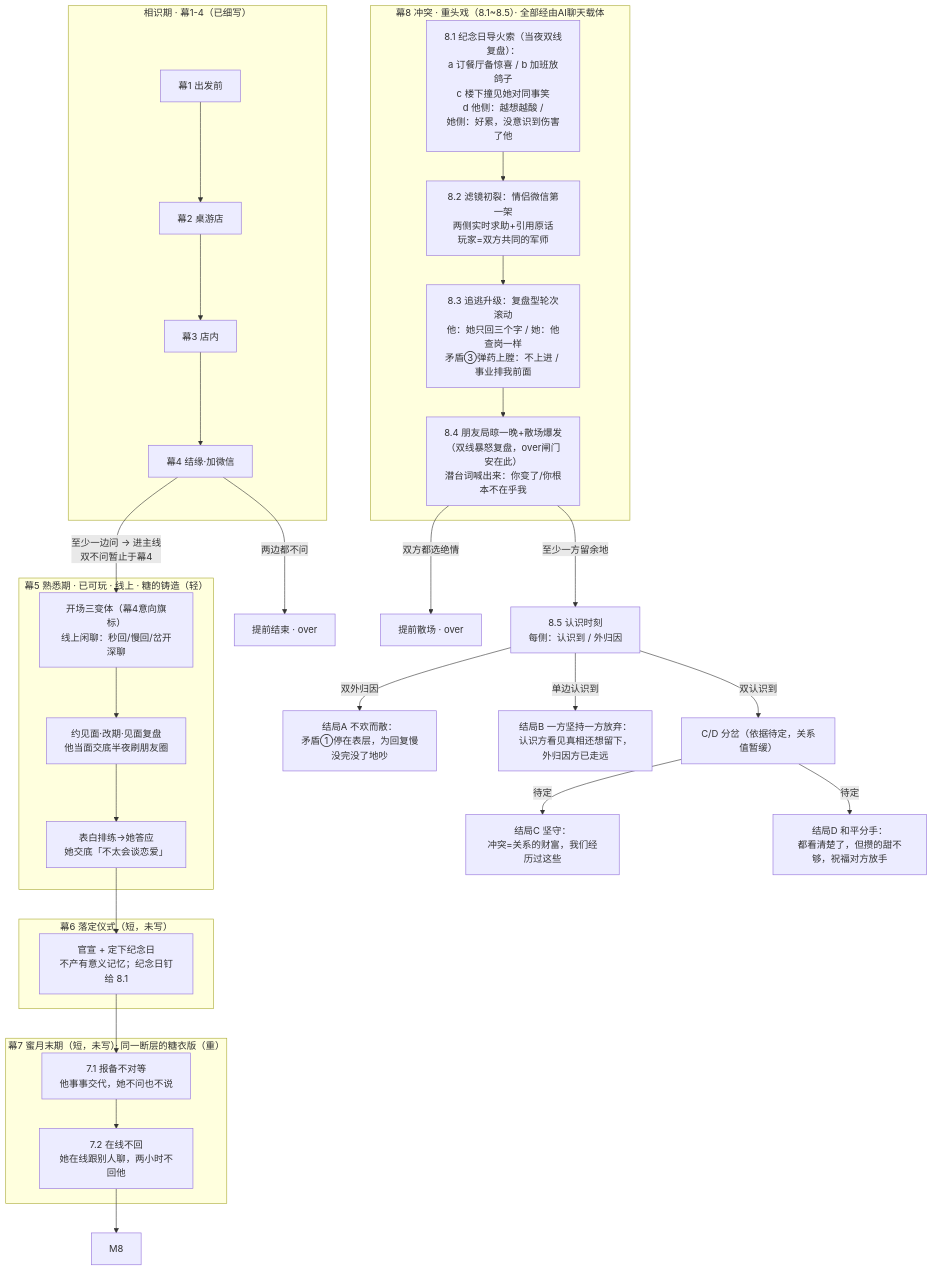
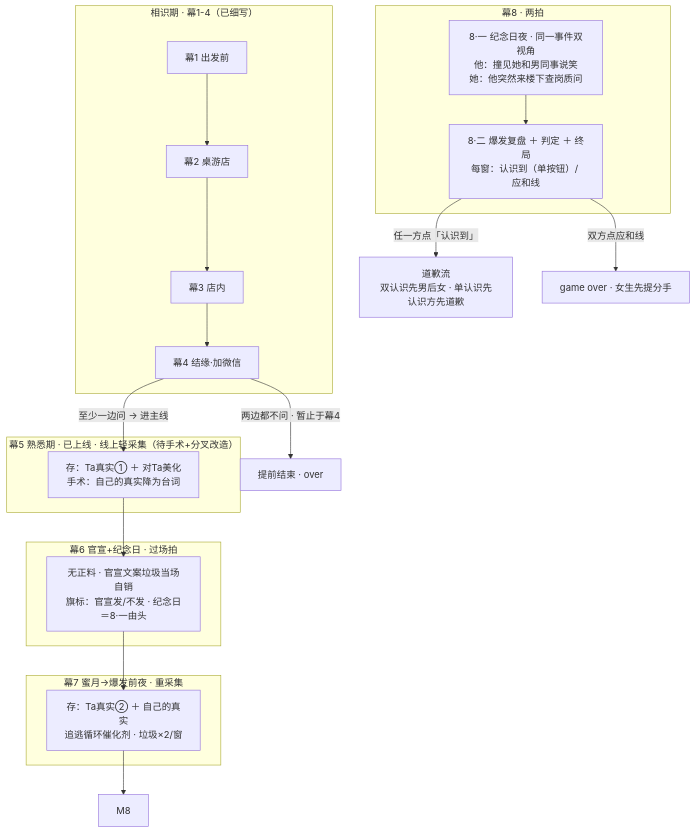
Before and after one commit to jesse20050324/Project_3: the first of 2 diagrams in script/outline.md, drawn with Mermaid. The commit also changed other lines of this file and 5 other files, not shown here.

First line of the commit message:
Act 5-8 restructure, round A: pure-mermaid skeleton v3 + ch5 fork rework

````diff
--- a/script/outline.md
+++ b/script/outline.md
@@ -47,38 +44,29 @@
 ```mermaid
 flowchart TD
     subgraph ACT1["相识期 · 幕1-4（已细写）"]
         M1["幕1 出发前"] --> M2["幕2 桌游店"] --> M3["幕3 店内"] --> M4["幕4 结缘·加微信"]
     end
-    M4 -->|"两边都不问"| OVER["提前结束 · over"]
-    M4 -->|"至少一边问 → 进主线<br/>双不问暂止于幕4"| M5
+    M4 -->|"两边都不问 · 暂止于幕4"| OVER["提前结束 · over"]
+    M4 -->|"至少一边问 → 进主线"| M5
 
-    subgraph M5G["幕5 熟悉期 · 已可玩 · 线上 · 糖的铸造（轻）"]
-        M5["开场三变体（幕4意向旗标）<br/>线上闲聊：秒回/慢回/岔开深聊"] --> M5b["约见面·改期·见面复盘<br/>他当面交底半夜刷朋友圈"]
-        M5b --> M5d["表白排练→她答应<br/>她交底「不太会谈恋爱」"]
+    subgraph M5G["幕5 熟悉期 · 已上线 · 线上轻采集（待手术+分叉改造）"]
+        M5["存：Ta真实① ＋ 对Ta美化<br/>手术：自己的真实降为台词"]
     end
-    M5d --> M6
+    M5 --> M6
 
-    subgraph M6G["幕6 落定仪式（短，未写）"]
-        M6["官宣 + 定下纪念日<br/>不产有意义记忆；纪念日钉给 8.1"]
+    subgraph M6G["幕6 官宣+纪念日 · 过场拍"]
+        M6["无正料 · 官宣文案垃圾当场自销<br/>旗标：官宣发/不发 · 纪念日＝8·一由头"]
     end
     M6 --> M7
 
-    subgraph M7G["幕7 蜜月末期（短，未写）· 同一断层的糖衣版（重）"]
-        M7["7.1 报备不对等<br/>他事事交代，她不问也不说"] --> M7b["7.2 在线不回<br/>她在线跟别人聊，两小时不回他"]
+    subgraph M7G["幕7 蜜月→爆发前夜 · 重采集"]
+        M7["存：Ta真实② ＋ 自己的真实<br/>追逃循环催化剂 · 垃圾×2/窗"]
     end
-    M7b --> M8
+    M7 --> M8
 
-    subgraph M8G["幕8 冲突 · 重头戏（8.1~8.5）· 全部经由AI聊天载体"]
-        M8a["8.1 纪念日导火索（当夜双线复盘）：<br/>a 订餐厅备惊喜 / b 加班放鸽子<br/>c 楼下撞见她对同事笑<br/>d 他侧：越想越酸 /<br/>她侧：好累，没意识到伤害了他"] --> M8b["8.2 滤镜初裂：情侣微信第一架<br/>两侧实时求助+引用原话<br/>玩家=双方共同的军师"]
-        M8b --> M8c["8.3 追逃升级：复盘型轮次滚动<br/>他：她只回三个字 / 她：他查岗一样<br/>矛盾③弹药上膛：不上进 / 事业排我前面"]
-        M8c --> M84["8.4 朋友局晾一晚+散场爆发<br/>（双线暴怒复盘，over闸门安在此）<br/>潜台词喊出来：你变了/你根本不在乎我"]
+    subgraph M8G["幕8 · 两拍"]
+        M8a["8·一 纪念日夜 · 同一事件双视角<br/>他：撞见她和男同事说笑<br/>她：他突然来楼下查岗质问"] --> M8b["8·二 爆发复盘 ＋ 判定 ＋ 终局<br/>每窗：认识到（单按钮）/ 应和线"]
     end
-    M84 -->|"双方都选绝情"| OVER2["提前散场 · over"]
-    M84 -->|"至少一方留余地"| M85["8.5 认识时刻<br/>每侧：认识到 / 外归因"]
-
-    M85 -->|双外归因| A["结局A 不欢而散：<br/>矛盾①停在表层，为回复慢没完没了地吵"]
-    M85 -->|单边认识到| B["结局B 一方坚持一方放弃：<br/>认识方看见真相还想留下，外归因方已走远"]
-    M85 -->|双认识到| CD["C/D 分岔（依据待定，关系值暂缓）"]
-    CD -->|待定| C["结局C 坚守：<br/>冲突=关系的财富，我们经历过这些"]
-    CD -->|待定| D["结局D 和平分手：<br/>都看清楚了，但攒的甜不够，祝福对方放手"]
+    M8b -->|"任一方点「认识到」"| APO["道歉流<br/>双认识先男后女 · 单认识先认识方先道歉"]
+    M8b -->|"双方点应和线"| OVER8["game over · 女生先提分手"]
 ```
````
